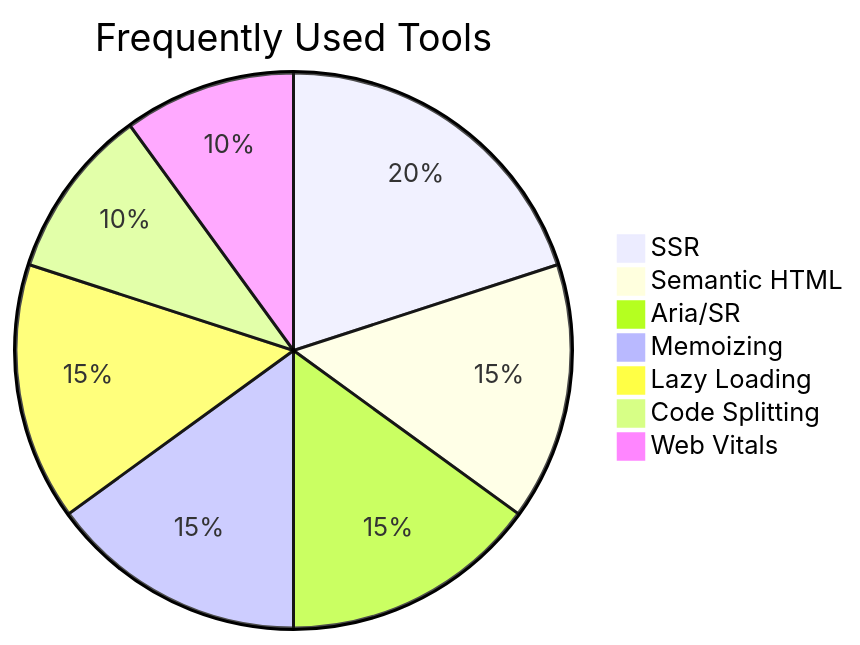
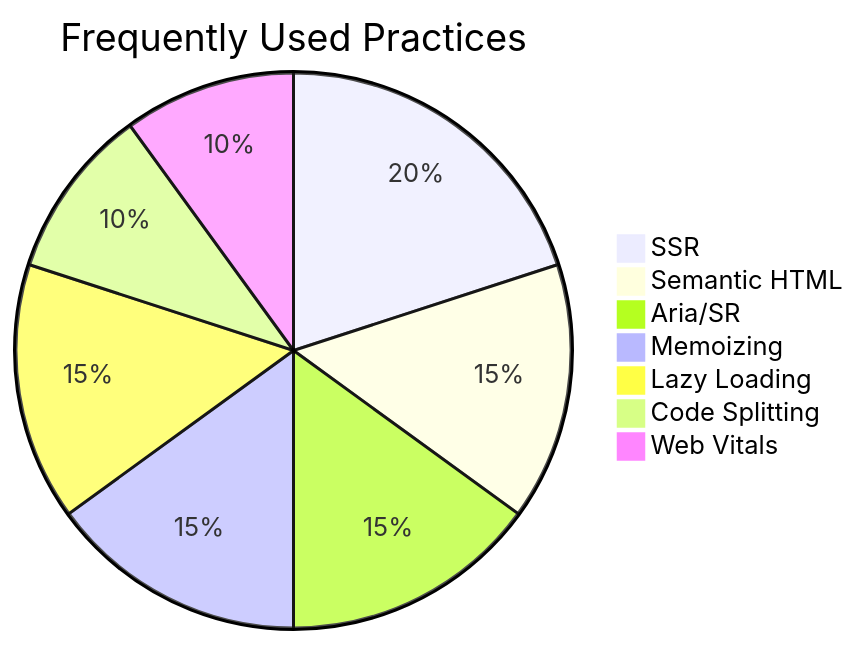
Before and after one commit to saqibroy/saqibroy: the second of 2 diagrams in README.md, drawn with Mermaid.

````diff
--- a/README.md
+++ b/README.md
@@ -35,11 +35,11 @@
 ```mermaid
 pie
-    title Frequently Used Tools
+    title Frequently Used Practices
     "SSR" : 20
     "Semantic HTML" : 15
     "Aria/SR" : 15
     "Memoizing" : 15
     "Lazy Loading": 15
     "Code Splitting" : 10
     "Web Vitals" : 10
 ```
````
